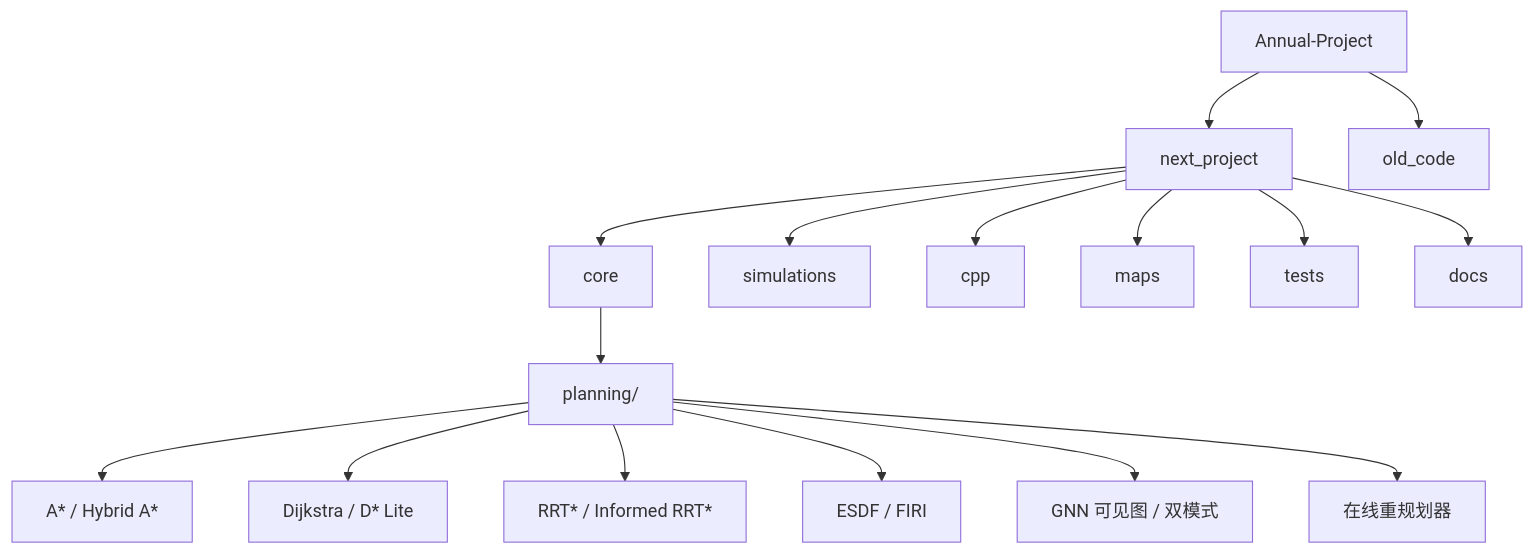
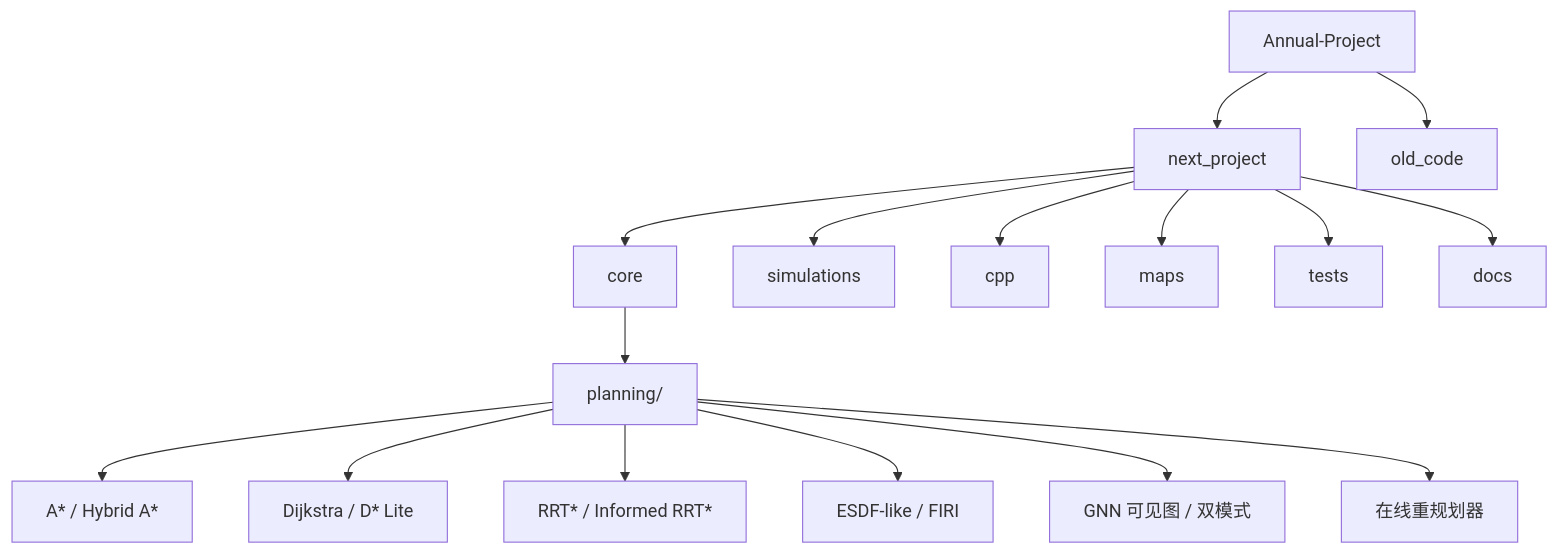
The diagram in README.md (Wu-Chenjie/Annual-Project), drawn with Mermaid before and after one commit. The commit also changed other lines of this file and 32 other files, not shown here.

````diff
--- a/README.md
+++ b/README.md
@@ -9,18 +9,18 @@
 ```mermaid
 graph TD
     A["Annual-Project"] --> B["next_project"]
     A --> C["old_code"]
     B --> CORE["core"]
     B --> SIM["simulations"]
     B --> CPP["cpp"]
     B --> MAPS["maps"]
     B --> TESTS["tests"]
     B --> DOCS["docs"]
     CORE --> PLAN["planning/"]
     PLAN --> P1["A* / Hybrid A*"]
     PLAN --> P2["Dijkstra / D* Lite"]
     PLAN --> P3["RRT* / Informed RRT*"]
-    PLAN --> P4["ESDF / FIRI"]
+    PLAN --> P4["ESDF-like / FIRI"]
     PLAN --> P5["GNN 可见图 / 双模式"]
     PLAN --> P6["在线重规划器"]
 ```
````
